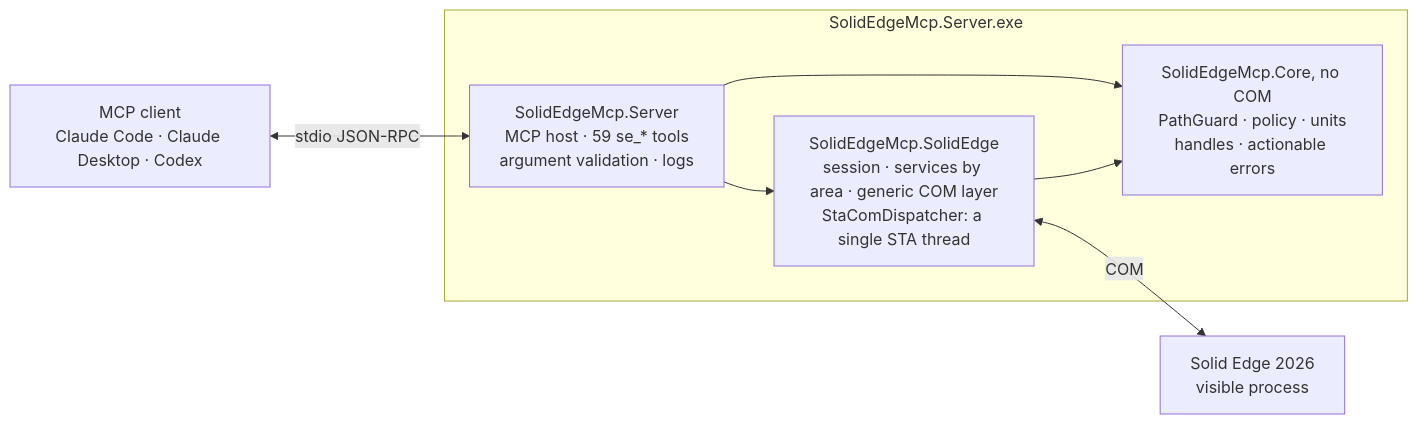
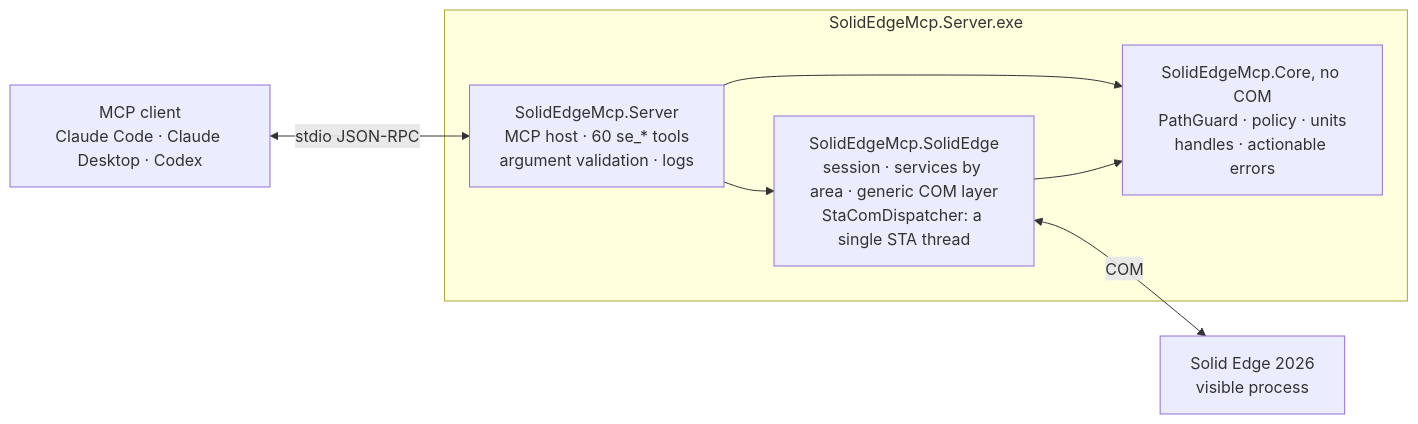
One commit to gabichuuuuu/solid-edge-mcp changed the diagram in README.md. Above: the diagram before and after it, drawn with Mermaid. The commit also changed other lines of this file and 18 other files, not shown here.

````diff
--- a/README.md
+++ b/README.md
@@ -301,18 +302,18 @@
 ```mermaid
 flowchart LR
     client["MCP client<br/>Claude Code · Claude Desktop · Codex"]
 
     subgraph exe ["SolidEdgeMcp.Server.exe"]
-        server["SolidEdgeMcp.Server<br/>MCP host · 59 se_* tools<br/>argument validation · logs"]
+        server["SolidEdgeMcp.Server<br/>MCP host · 60 se_* tools<br/>argument validation · logs"]
         se["SolidEdgeMcp.SolidEdge<br/>session · services by area · generic COM layer<br/>StaComDispatcher: a single STA thread"]
         core["SolidEdgeMcp.Core, no COM<br/>PathGuard · policy · units<br/>handles · actionable errors"]
         server --> se
         server --> core
         se --> core
     end
 
     app["Solid Edge 2026<br/>visible process"]
 
     client <-->|stdio JSON-RPC| server
     se <-->|COM| app
 ```
````
